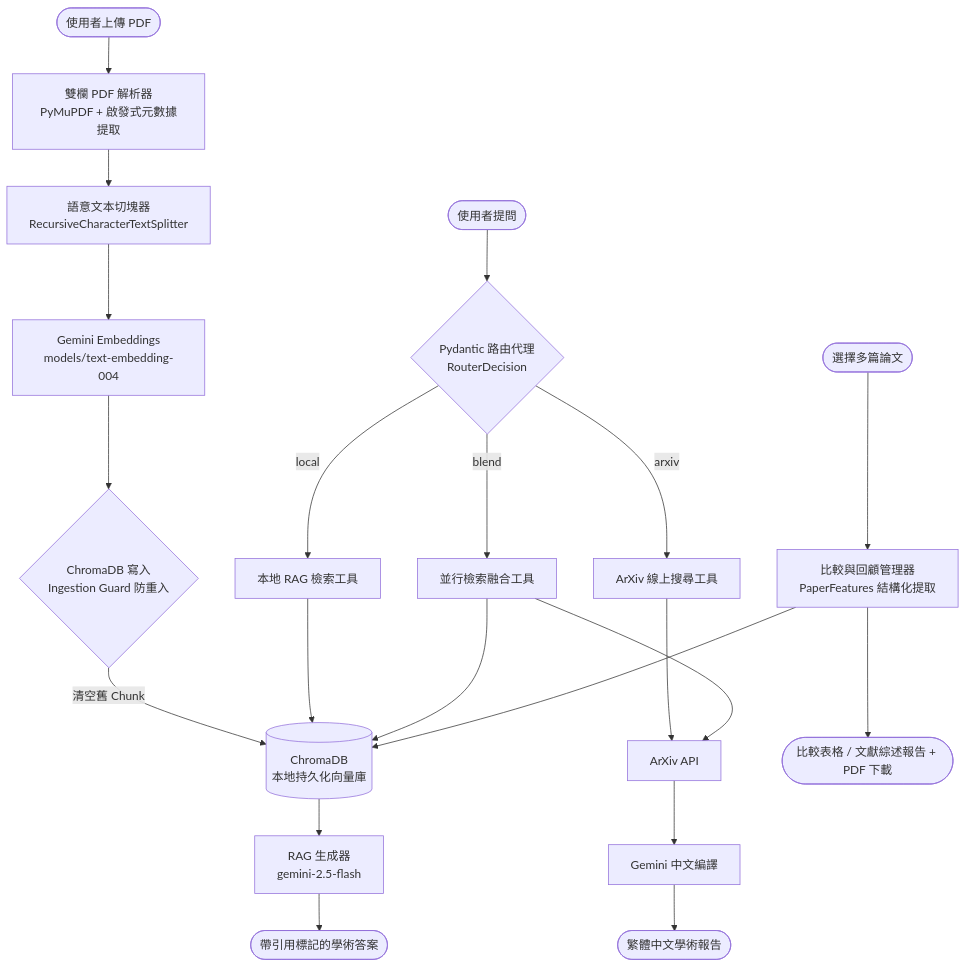
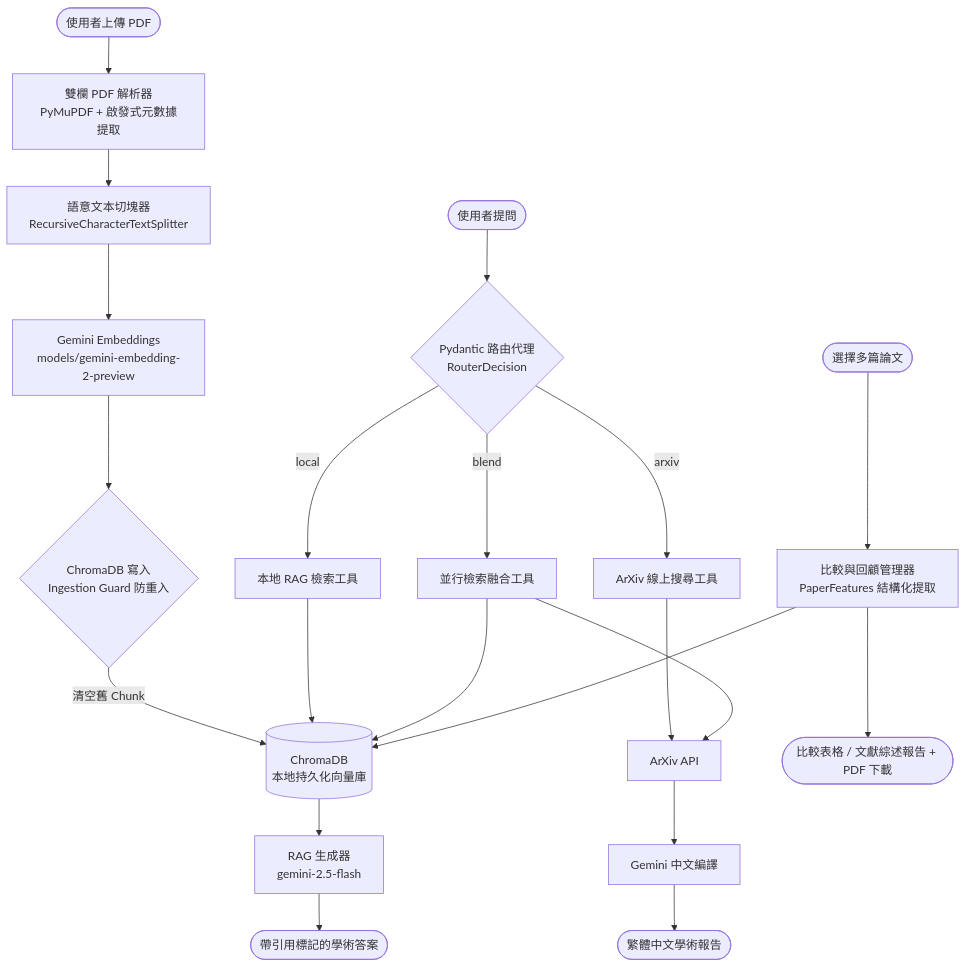
Before and after one commit to Cosmos-bipinnatus/nlp_final_project: the diagram in README.md, drawn with Mermaid. The commit also changed other lines of this file and 3 other files, not shown here.

Commit message:
Fix: migrate deprecated text-embedding-004 to active gemini-embedding-2-preview and remove local .env

````diff
--- a/README.md
+++ b/README.md
@@ -251,29 +251,29 @@
 ```mermaid
 graph TD
     User([使用者上傳 PDF]) --> Parser[雙欄 PDF 解析器<br>PyMuPDF + 啟發式元數據提取]
     Parser --> Splitter[語意文本切塊器<br>RecursiveCharacterTextSplitter]
-    Splitter --> Embeddings[Gemini Embeddings<br>models/text-embedding-004]
+    Splitter --> Embeddings[Gemini Embeddings<br>models/gemini-embedding-2-preview]
     Embeddings --> IngestionGuard{ChromaDB 寫入<br>Ingestion Guard 防重入}
     IngestionGuard -->|清空舊 Chunk| ChromaDB[(ChromaDB<br>本地持久化向量庫)]
     
     User2([使用者提問]) --> RouterAgent{Pydantic 路由代理<br>RouterDecision}
     RouterAgent -->|local| LocalTool[本地 RAG 檢索工具]
     RouterAgent -->|arxiv| ArXivTool[ArXiv 線上搜尋工具]
     RouterAgent -->|blend| BlendTool[並行檢索融合工具]
     
     LocalTool --> ChromaDB
     ChromaDB --> RAGGenerator[RAG 生成器<br>gemini-2.5-flash]
     RAGGenerator --> Answer([帶引用標記的學術答案])
     
     ArXivTool --> ArXivAPI[ArXiv API]
     ArXivAPI --> GeminiTranslate[Gemini 中文編譯]
     
     BlendTool --> ChromaDB
     BlendTool --> ArXivAPI
     
     GeminiTranslate --> Review([繁體中文學術報告])
     
     User3([選擇多篇論文]) --> CompManager[比較與回顧管理器<br>PaperFeatures 結構化提取]
     CompManager --> ChromaDB
     CompManager --> CompTable([比較表格 / 文獻綜述報告 + PDF 下載])
 ```
````
